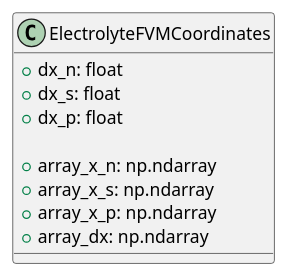
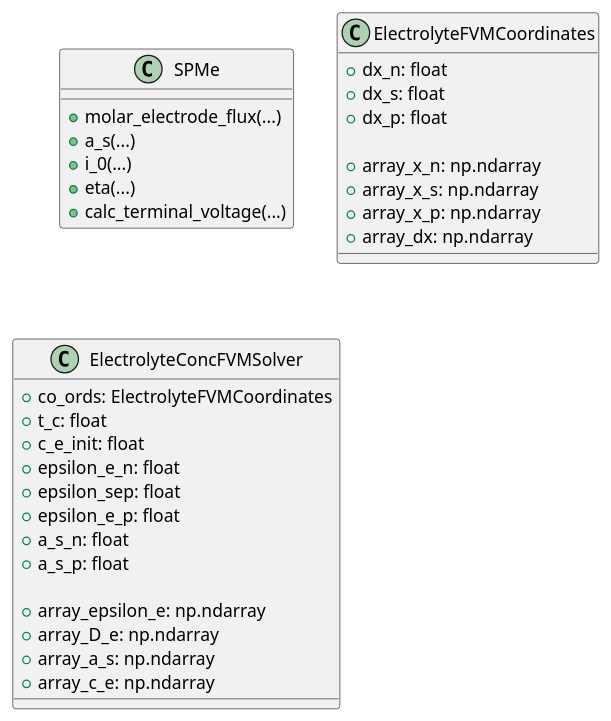
The diagram in docs/uml_class_diagrams/electrolyte_solver.puml (m0in92/SPPy), drawn with PlantUML before and after one commit. The commit also changed 4 other files, not shown here.

Commit message:
Updated ElectrolyteConcFVMSolver

```diff
--- a/docs/uml_class_diagrams/electrolyte_solver.puml
+++ b/docs/uml_class_diagrams/electrolyte_solver.puml
@@ -1,16 +1,39 @@
 @startuml
+
+class SPMe {
+    + molar_electrode_flux(...)
+    + a_s(...)
+    + i_0(...)
+    + eta(...)
+    + calc_terminal_voltage(...)
+}
 
 class ElectrolyteFVMCoordinates {
     + dx_n: float
     + dx_s: float
     + dx_p: float
 
     + array_x_n: np.ndarray
     + array_x_s: np.ndarray
     + array_x_p: np.ndarray
     + array_dx: np.ndarray
 }
 
+class ElectrolyteConcFVMSolver {
+    + co_ords: ElectrolyteFVMCoordinates
+    + t_c: float
+    + c_e_init: float
+    + epsilon_e_n: float
+    + epsilon_sep: float
+    + epsilon_e_p: float
+    + a_s_n: float
+    + a_s_p: float
 
+    + array_epsilon_e: np.ndarray
+    + array_D_e: np.ndarray
+    + array_a_s: np.ndarray
+    + array_c_e: np.ndarray
+
+}
 
 @enduml
```
